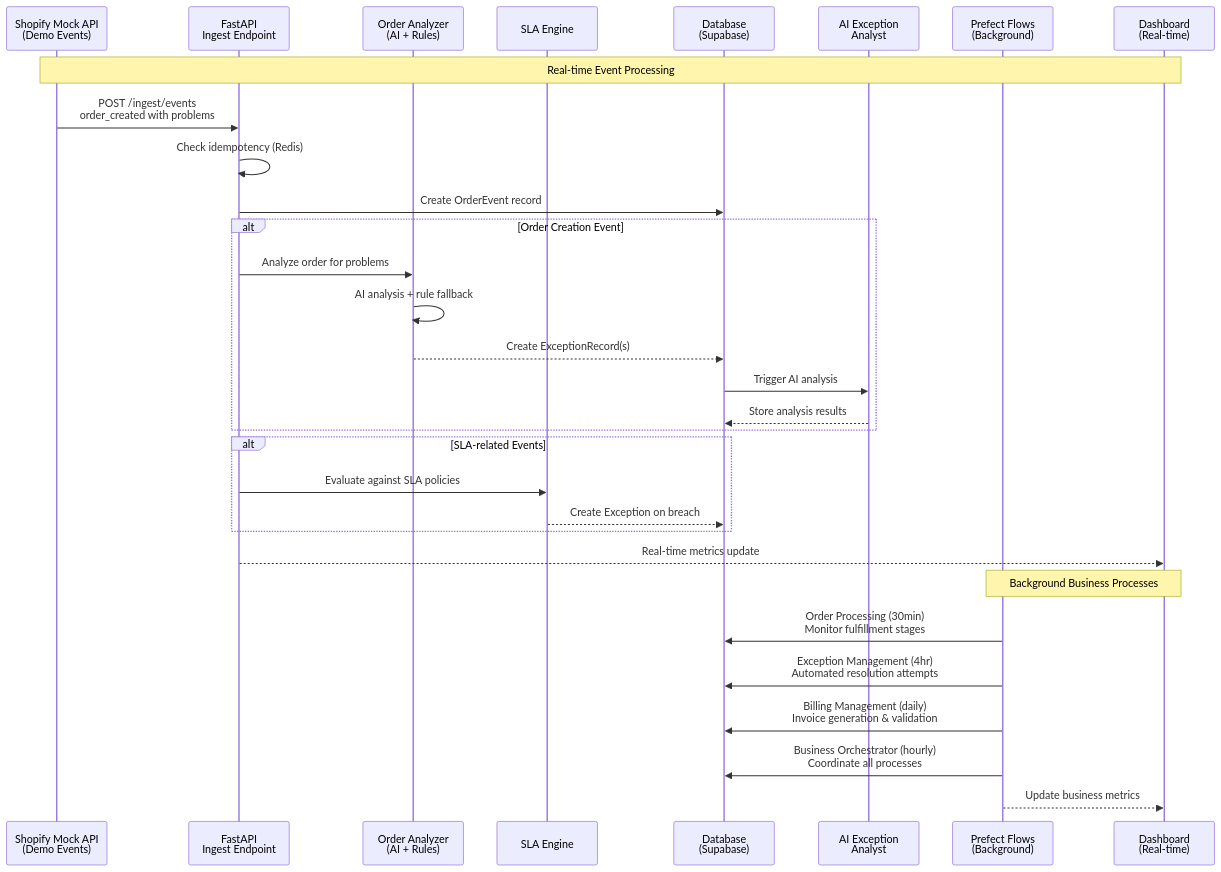
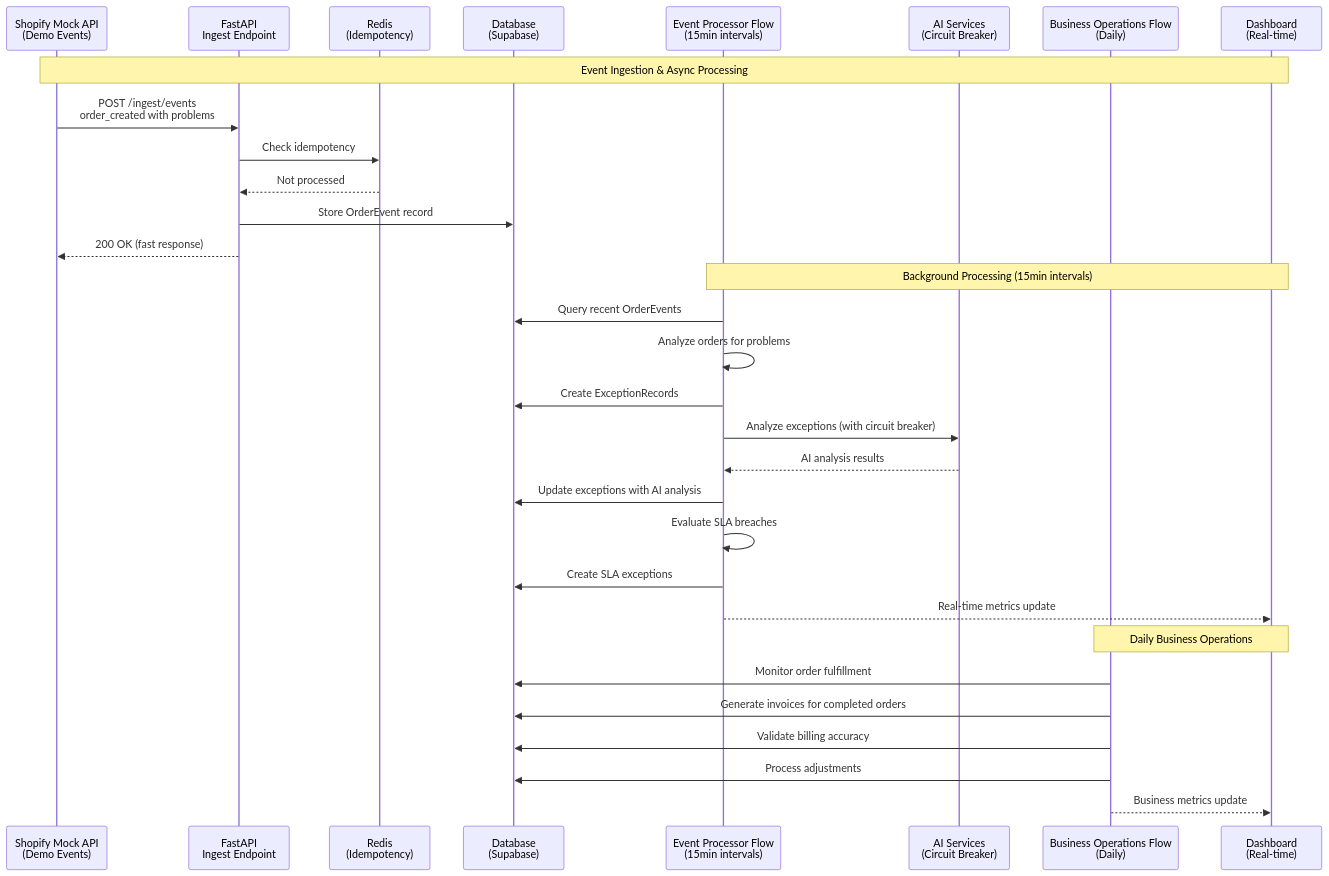
One commit to chernistry/e2a changed the third of 4 diagrams in README.md. Above: the diagram before and after it, drawn with Mermaid. The commit also changed other lines of this file, not shown here.

Commit message:
Update README to reflect simplified architecture and enhanced business process flows

````diff
--- a/README.md
+++ b/README.md
@@ -290,38 +260,36 @@
 ```mermaid
 sequenceDiagram
     participant Source as Shopify Mock API<br/>(Demo Events)
     participant API as FastAPI<br/>Ingest Endpoint
-    participant Analyzer as Order Analyzer<br/>(AI + Rules)
-    participant SLA as SLA Engine
+    participant Redis as Redis<br/>(Idempotency)
     participant DB as Database<br/>(Supabase)
-    participant AI as AI Exception<br/>Analyst
-    participant Prefect as Prefect Flows<br/>(Background)
+    participant EventFlow as Event Processor Flow<br/>(15min intervals)
+    participant AI as AI Services<br/>(Circuit Breaker)
+    participant BusinessFlow as Business Operations Flow<br/>(Daily)
     participant Dashboard as Dashboard<br/>(Real-time)
 
-    Note over Source,Dashboard: Real-time Event Processing
+    Note over Source,Dashboard: Event Ingestion & Async Processing
     Source->>API: POST /ingest/events<br/>order_created with problems
-    API->>API: Check idempotency (Redis)
-    API->>DB: Create OrderEvent record
+    API->>Redis: Check idempotency
+    Redis-->>API: Not processed
+    API->>DB: Store OrderEvent record
+    API-->>Source: 200 OK (fast response)
     
-    alt Order Creation Event
-        API->>Analyzer: Analyze order for problems
-        Analyzer->>Analyzer: AI analysis + rule fallback
-        Analyzer-->>DB: Create ExceptionRecord(s)
-        DB->>AI: Trigger AI analysis
-        AI-->>DB: Store analysis results
-    end
+    Note over EventFlow,Dashboard: Background Processing (15min intervals)
+    EventFlow->>DB: Query recent OrderEvents
+    EventFlow->>EventFlow: Analyze orders for problems
+    EventFlow->>DB: Create ExceptionRecords
+    EventFlow->>AI: Analyze exceptions (with circuit breaker)
+    AI-->>EventFlow: AI analysis results
+    EventFlow->>DB: Update exceptions with AI analysis
+    EventFlow->>EventFlow: Evaluate SLA breaches
+    EventFlow->>DB: Create SLA exceptions
+    EventFlow-->>Dashboard: Real-time metrics update
     
-    alt SLA-related Events
-        API->>SLA: Evaluate against SLA policies
-        SLA-->>DB: Create Exception on breach
-    end
-    
-    API-->>Dashboard: Real-time metrics update
-    
-    Note over Prefect,Dashboard: Background Business Processes
-    Prefect->>DB: Order Processing (30min)<br/>Monitor fulfillment stages
-    Prefect->>DB: Exception Management (4hr)<br/>Automated resolution attempts
-    Prefect->>DB: Billing Management (daily)<br/>Invoice generation & validation
-    Prefect->>DB: Business Orchestrator (hourly)<br/>Coordinate all processes
-    Prefect-->>Dashboard: Update business metrics
+    Note over BusinessFlow,Dashboard: Daily Business Operations
+    BusinessFlow->>DB: Monitor order fulfillment
+    BusinessFlow->>DB: Generate invoices for completed orders
+    BusinessFlow->>DB: Validate billing accuracy
+    BusinessFlow->>DB: Process adjustments
+    BusinessFlow-->>Dashboard: Business metrics update
 ```
````
